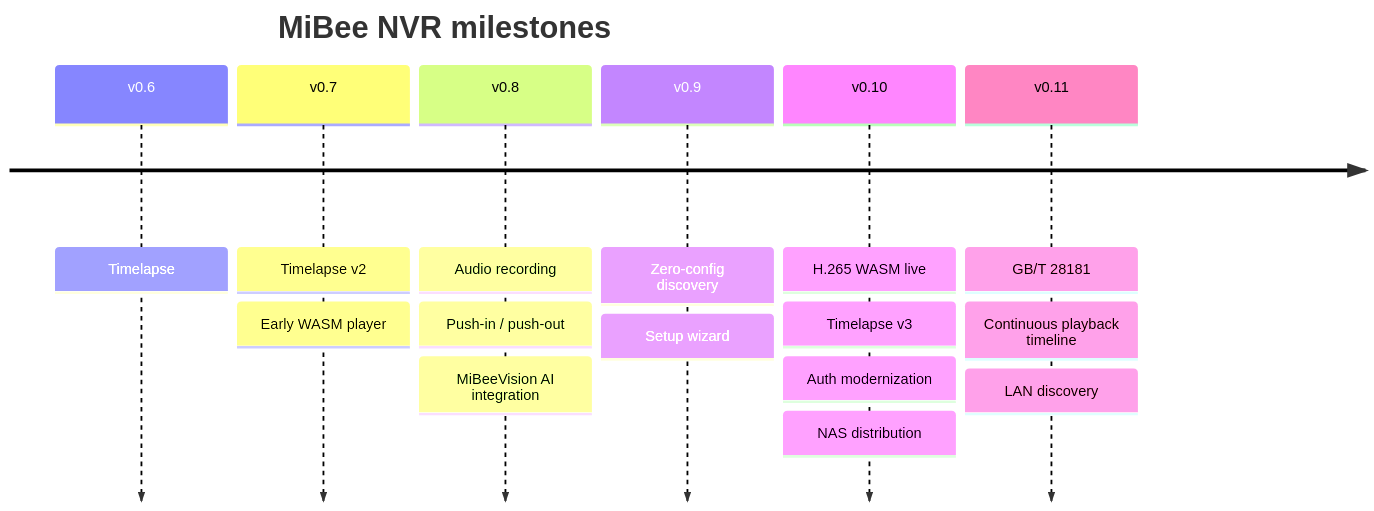
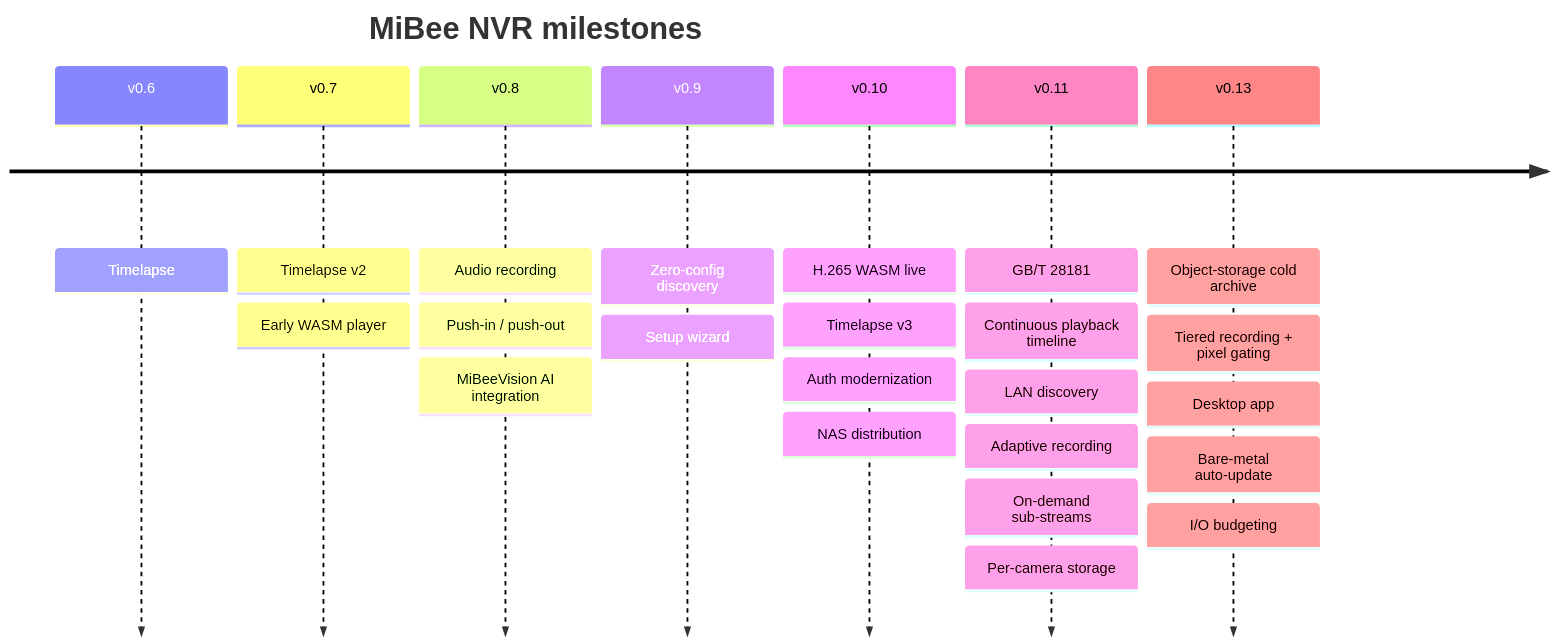
The diagram in mibeenvr/en-US/features.md (Mi-Bee-Studio/mibee-docs), drawn with Mermaid before and after one commit. The commit also changed other lines of this file and 100 other files, not shown here.

````diff
--- a/mibeenvr/en-US/features.md
+++ b/mibeenvr/en-US/features.md
@@ -113,10 +130,11 @@
 ```mermaid
 timeline
     title MiBee NVR milestones
     v0.6 : Timelapse
     v0.7 : Timelapse v2 : Early WASM player
     v0.8 : Audio recording : Push-in / push-out : MiBeeVision AI integration
     v0.9 : Zero-config discovery : Setup wizard
     v0.10 : H.265 WASM live : Timelapse v3 : Auth modernization : NAS distribution
-    v0.11 : GB/T 28181 : Continuous playback timeline : LAN discovery
+    v0.11 : GB/T 28181 : Continuous playback timeline : LAN discovery : Adaptive recording : On-demand sub-streams : Per-camera storage
+    v0.13 : Object-storage cold archive : Tiered recording + pixel gating : Desktop app : Bare-metal auto-update : I/O budgeting
 ```
````
